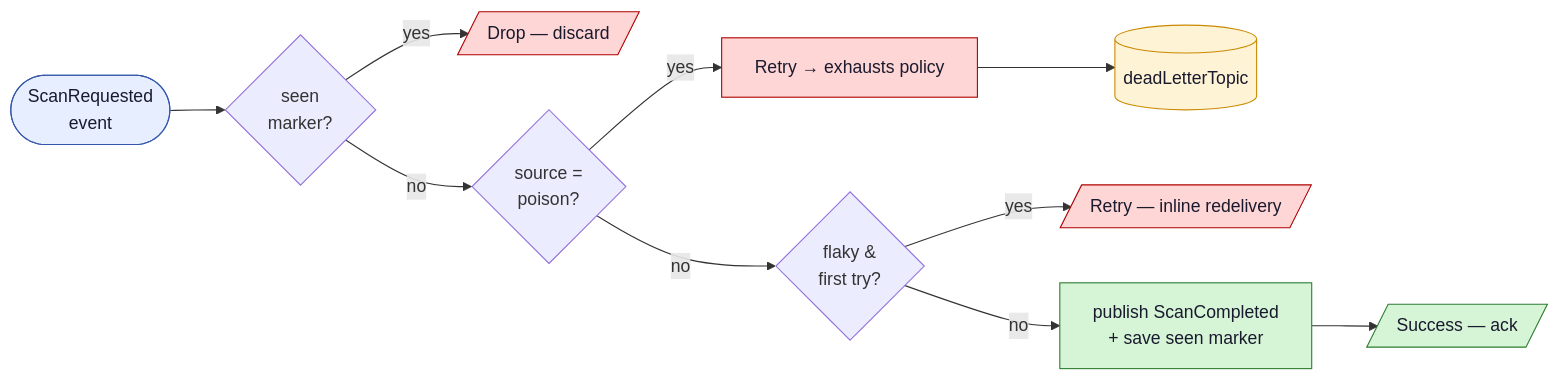
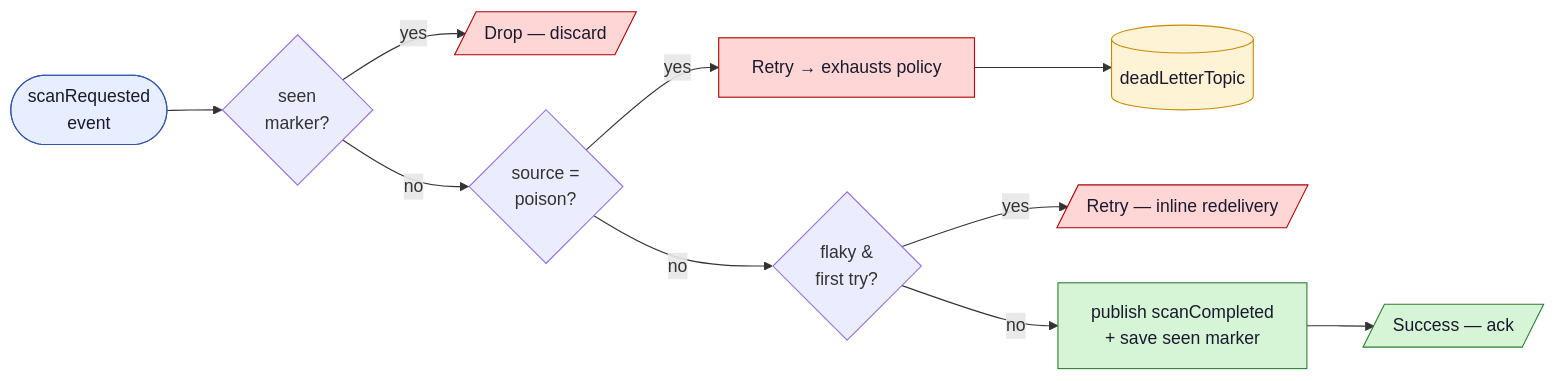
One commit to sideeffffect/dapr4s-examples changed the ninth of 14 diagrams in SLIDES.md. Above: the diagram before and after it, drawn with Mermaid. The commit also changed other lines of this file and 10 other files, not shown here.

````diff
--- a/SLIDES.md
+++ b/SLIDES.md
@@ -1282,15 +1282,15 @@
 ```mermaid
 flowchart LR
-  E(["ScanRequested<br/>event"]) --> SEEN{"seen<br/>marker?"}
+  E(["scanRequested<br/>event"]) --> SEEN{"seen<br/>marker?"}
   SEEN -- yes --> DROP[/"Drop — discard"/]
   SEEN -- no --> POISON{"source =<br/>poison?"}
   POISON -- yes --> RT1["Retry → exhausts policy"] --> DLQ[("deadLetterTopic")]
   POISON -- no --> FLAKY{"flaky &amp;<br/>first try?"}
   FLAKY -- yes --> RT2[/"Retry — inline redelivery"/]
-  FLAKY -- no --> WORK["publish ScanCompleted<br/>+ save seen marker"] --> OK[/"Success — ack"/]
+  FLAKY -- no --> WORK["publish scanCompleted<br/>+ save seen marker"] --> OK[/"Success — ack"/]
   classDef ev fill:#e6eeff,stroke:#3355aa,color:#1a1a2e;
   classDef bad fill:#ffd6d6,stroke:#b00000,color:#1a1a2e;
   classDef ok fill:#d6f5d6,stroke:#2e7d32,color:#1a1a2e;
   classDef infra fill:#fff3d6,stroke:#c98a00,color:#1a1a2e;
   class E ev; class DROP,RT1,RT2 bad; class WORK,OK ok; class DLQ infra;
 ```
````
